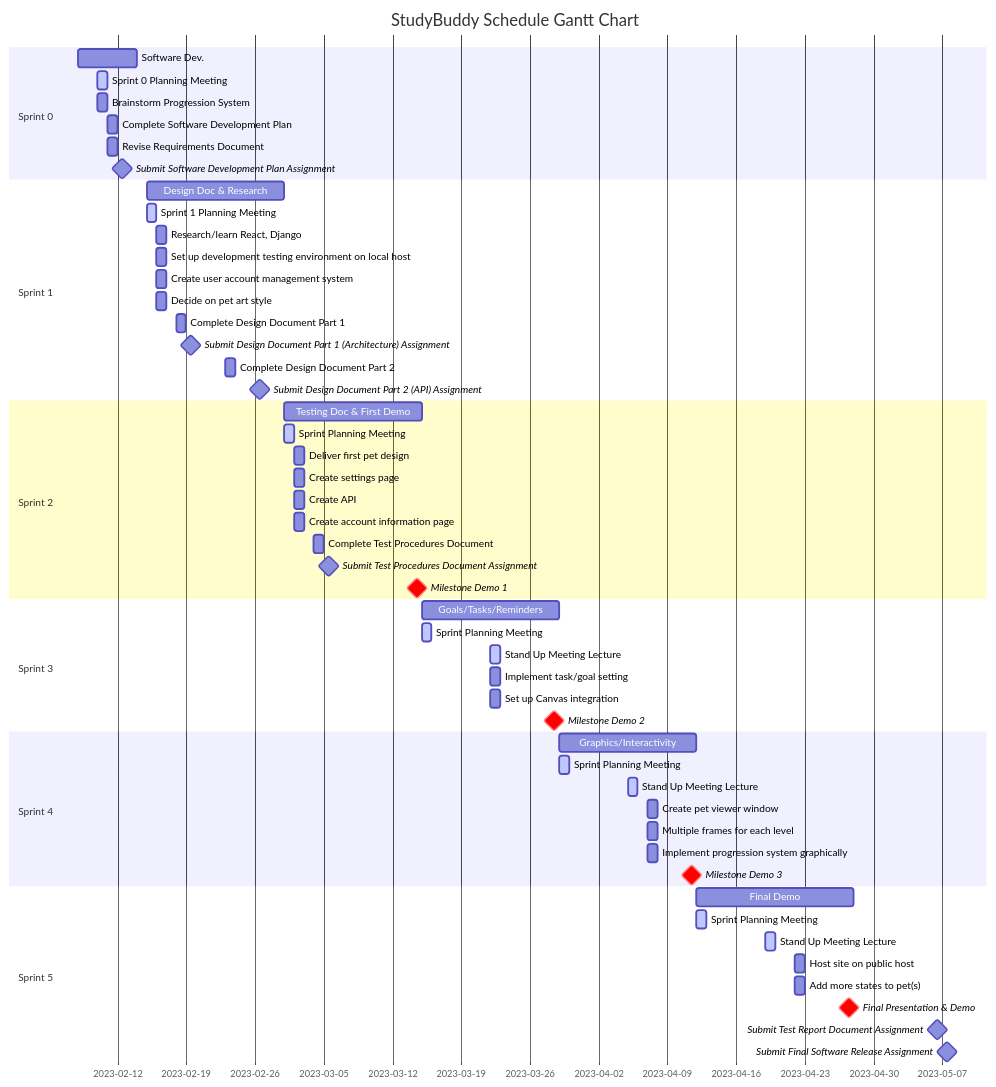
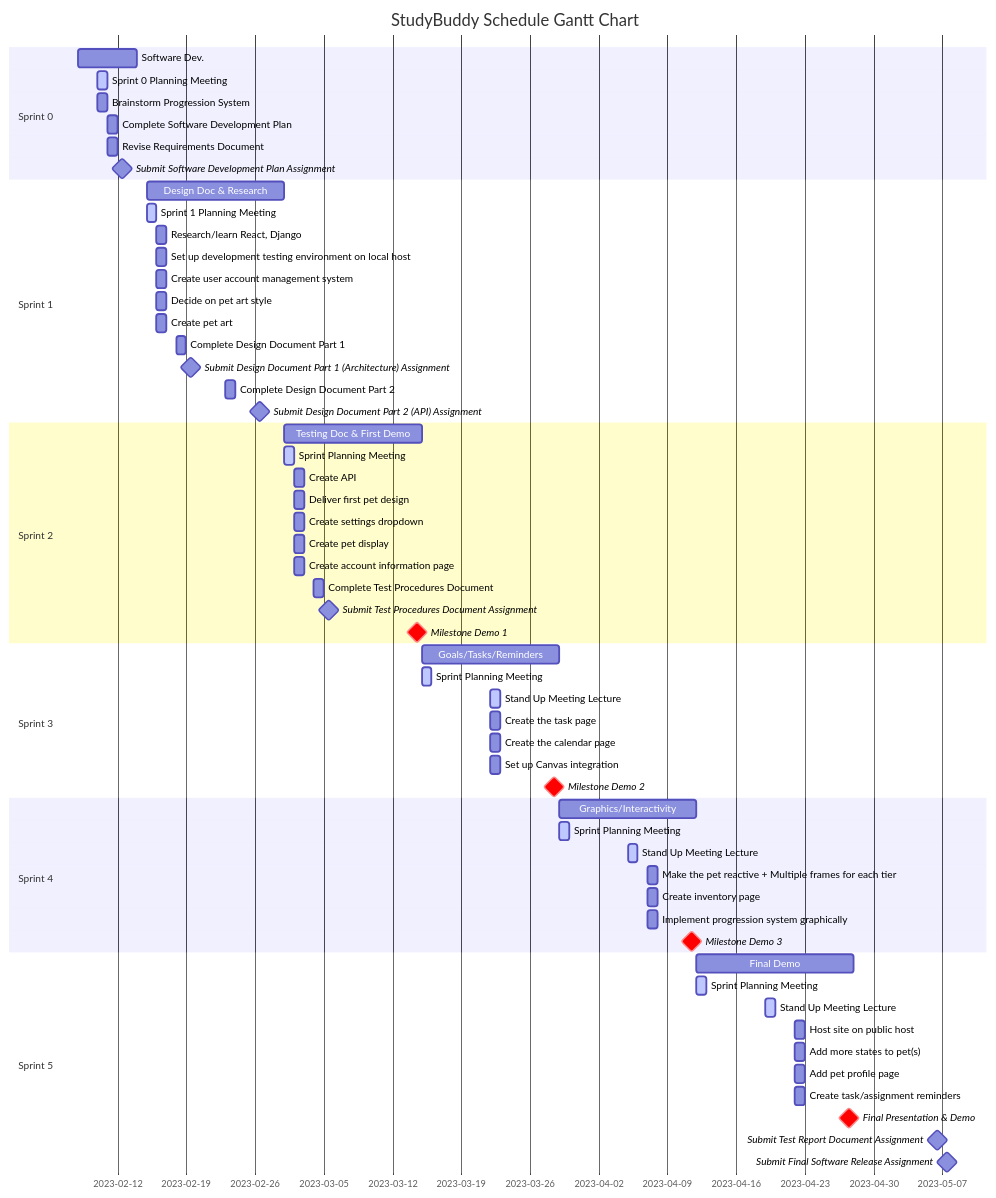
The diagram in documentation/docs/development-plan/schedule.md (Capstone-Projects-2023-Spring/project-virtual-pet), drawn with Mermaid before and after one commit.

Commit message:
updated schedule section

````diff
--- a/documentation/docs/development-plan/schedule.md
+++ b/documentation/docs/development-plan/schedule.md
@@ -9,7 +9,6 @@
     title StudyBuddy Schedule Gantt Chart
     todayMarker stroke-width:10px,stroke:#0f0,opacity:0.4
     dateFormat  YYYY-MM-DD
-
         section Sprint 0
         Software Dev.: , 2023-02-08, 6d
         section Sprint 0
@@ -36,75 +35,87 @@
         section Sprint 1
         Decide on pet art style:  , 2023-02-16, 1d
         section Sprint 1
+        Create pet art:  , 2023-02-16, 1d
+        section Sprint 1
         Complete Design Document Part 1:  , 2023-02-18, 1d
         section Sprint 1
         Submit Design Document Part 1 (Architecture) Assignment: milestone, , 2023-02-19, 1d
         section Sprint 1
-         Complete Design Document Part 2:  , 2023-02-23, 1d
+        Complete Design Document Part 2:  , 2023-02-23, 1d
         section Sprint 1
-         Submit Design Document Part 2 (API) Assignment: milestone, , 2023-02-26, 1d
+        Submit Design Document Part 2 (API) Assignment: milestone, , 2023-02-26, 1d
 
+        
         section Sprint 2
-         Testing Doc & First Demo: , 2023-03-01, 2w
+        Testing Doc & First Demo: , 2023-03-01, 2w
         section Sprint 2
-         Sprint Planning Meeting: active, 2023-03-01, 1d
-         section Sprint 2
-         Deliver first pet design: , 2023-03-02, 1d
-         section Sprint 2
-         Create settings page : , 2023-03-02, 1d
-         section Sprint 2
-         Create API : , 2023-03-02, 1d
-         section Sprint 2
-         Create account information page : , 2023-03-02, 1d
+        Sprint Planning Meeting: active, 2023-03-01, 1d
+        section Sprint 2
+        Create API : , 2023-03-02, 1d
+        section Sprint 2
+        Deliver first pet design: , 2023-03-02, 1d
+        section Sprint 2
+        Create settings dropdown: , 2023-03-02, 1d
+        section Sprint 2
+        Create pet display : , 2023-03-02, 1d
+        section Sprint 2
+        Create account information page : , 2023-03-02, 1d
         section Sprint 2
         Complete Test Procedures Document: , 2023-03-04, 1d
         section Sprint 2
         Submit Test Procedures Document Assignment: milestone, , 2023-03-05, 1d
         section Sprint 2
-         Milestone Demo 1 :crit, milestone,  , 2023-03-14, 1d
+        Milestone Demo 1 :crit, milestone,  , 2023-03-14, 1d
 
         section Sprint 3
         Goals/Tasks/Reminders: , 2023-03-15, 2w
         section Sprint 3
         Sprint Planning Meeting: active , 2023-03-15, 1d
         section Sprint 3
-         Stand Up Meeting Lecture: active , 2023-03-22, 1d
+        Stand Up Meeting Lecture: active , 2023-03-22, 1d
         section Sprint 3
-         Implement task/goal setting: , 2023-03-22, 1d
-         section Sprint 3
-         Set up Canvas integration: , 2023-03-22, 1d
+        Create the task page: , 2023-03-22, 1d
+        section Sprint 3
+        Create the calendar page: , 2023-03-22, 1d
+        section Sprint 3
+        Set up Canvas integration: , 2023-03-22, 1d
         section Sprint 3
          Milestone Demo 2 :crit, milestone,  , 2023-03-28, 1d
 
+        
         section Sprint 4
         Graphics/Interactivity: , 2023-03-29, 2w
         section Sprint 4
-         Sprint Planning Meeting: active , 2023-03-29, 1d
+        Sprint Planning Meeting: active , 2023-03-29, 1d
         section Sprint 4
-         Stand Up Meeting Lecture: active , 2023-04-05, 1d
-         section Sprint 4
-         Create pet viewer window: , 2023-04-07, 1d
-         section Sprint 4
-         Multiple frames for each level: , 2023-04-07, 1d
-         section Sprint 4
-         Implement progression system graphically: , 2023-04-07, 1d
+        Stand Up Meeting Lecture: active , 2023-04-05, 1d
         section Sprint 4
-         Milestone Demo 3 :crit, milestone,  , 2023-04-11, 1d
+        Make the pet reactive + Multiple frames for each tier: , 2023-04-07, 1d
+        section Sprint 4
+        Create inventory page: , 2023-04-07, 1d
+        section Sprint 4
+        Implement progression system graphically: , 2023-04-07, 1d
+        section Sprint 4
+        Milestone Demo 3 :crit, milestone,  , 2023-04-11, 1d
 
         section Sprint 5
-         Final Demo: , 2023-04-12, 16d
+        Final Demo: , 2023-04-12, 16d
         section Sprint 5
-         Sprint Planning Meeting: active , 2023-04-12, 1d
+        Sprint Planning Meeting: active , 2023-04-12, 1d
         section Sprint 5
-         Stand Up Meeting Lecture: active , 2023-04-19, 1d
-         section Sprint 5
-         Host site on public host: , 2023-04-22, 1d
+        Stand Up Meeting Lecture: active , 2023-04-19, 1d
         section Sprint 5
-         Add more states to pet(s): , 2023-04-22, 1d
+        Host site on public host: , 2023-04-22, 1d
         section Sprint 5
-         Final Presentation & Demo :crit, milestone,  , 2023-04-27, 1d
+        Add more states to pet(s): , 2023-04-22, 1d
         section Sprint 5
-         Submit Test Report Document Assignment: milestone, , 2023-05-06, 1d
+        Add pet profile page: , 2023-04-22, 1d
         section Sprint 5
-         Submit Final Software Release Assignment: milestone, , 2023-05-07, 1d
+        Create task/assignment reminders:, 2023-04-22, 1d
+        section Sprint 5
+        Final Presentation & Demo :crit, milestone,  , 2023-04-27, 1d
+        section Sprint 5
+        Submit Test Report Document Assignment: milestone, , 2023-05-06, 1d
+        section Sprint 5
+        Submit Final Software Release Assignment: milestone, , 2023-05-07, 1d
 ```
````
